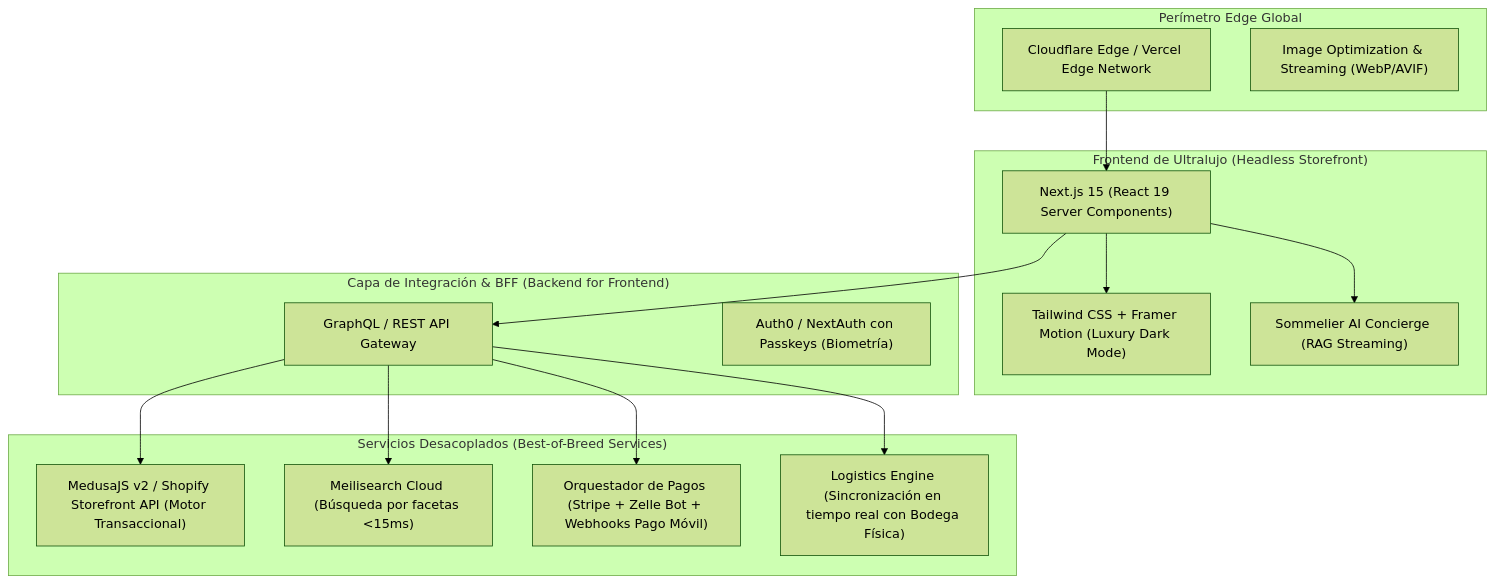
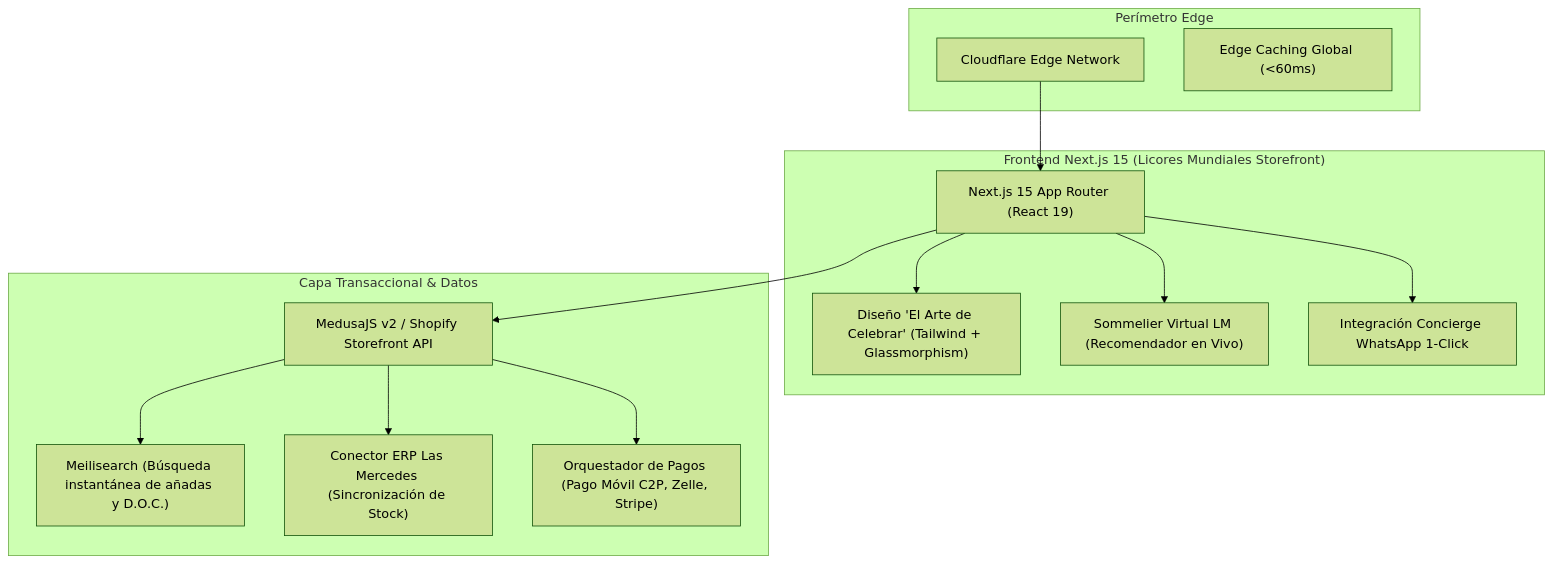
Before and after one commit to Jeralthc/bodegon-marques-ecommerce: the diagram in docs/propuesta-arquitectura-nextgen.md, drawn with Mermaid (forest theme). The commit also changed other lines of this file and 4 other files, not shown here.

Commit message:
rebrand: adapt visual identity, catalog, and messaging directly to Licores Mundiales C.A. (El Arte de Celebrar - Est. 1973 - Las Mercedes)

````diff
--- a/docs/propuesta-arquitectura-nextgen.md
+++ b/docs/propuesta-arquitectura-nextgen.md
@@ -24,34 +28,30 @@
 ```mermaid
 flowchart TD
-    subgraph "Perímetro Edge Global"
-        EDGE["Cloudflare Edge / Vercel Edge Network"]
-        CDN["Image Optimization & Streaming (WebP/AVIF)"]
+    subgraph "Perímetro Edge"
+        CDN["Cloudflare Edge Network"]
+        CACHE["Edge Caching Global (<60ms)"]
     end
 
-    subgraph "Frontend de Ultralujo (Headless Storefront)"
-        NEXT["Next.js 15 (React 19 Server Components)"]
-        UI["Tailwind CSS + Framer Motion (Luxury Dark Mode)"]
-        SOM["Sommelier AI Concierge (RAG Streaming)"]
+    subgraph "Frontend Next.js 15 (Licores Mundiales Storefront)"
+        NEXT["Next.js 15 App Router (React 19)"]
+        UI["Diseño 'El Arte de Celebrar' (Tailwind + Glassmorphism)"]
+        SOM["Sommelier Virtual LM (Recomendador en Vivo)"]
+        WHATSAPP["Integración Concierge WhatsApp 1-Click"]
     end
 
-    subgraph "Capa de Integración & BFF (Backend for Frontend)"
-        GQL["GraphQL / REST API Gateway"]
-        AUTH["Auth0 / NextAuth con Passkeys (Biometría)"]
+    subgraph "Capa Transaccional & Datos"
+        HEADLESS["MedusaJS v2 / Shopify Storefront API"]
+        SEARCH["Meilisearch (Búsqueda instantánea de añadas y D.O.C.)"]
+        ERP["Conector ERP Las Mercedes (Sincronización de Stock)"]
+        PAY["Orquestador de Pagos (Pago Móvil C2P, Zelle, Stripe)"]
     end
 
-    subgraph "Servicios Desacoplados (Best-of-Breed Services)"
-        COMMERCE["MedusaJS v2 / Shopify Storefront API (Motor Transaccional)"]
-        SEARCH["Meilisearch Cloud (Búsqueda por facetas <15ms)"]
-        FINANCE["Orquestador de Pagos (Stripe + Zelle Bot + Webhooks Pago Móvil)"]
-        STOCK["Logistics Engine (Sincronización en tiempo real con Bodega Física)"]
-    end
-
-    EDGE --> NEXT
+    CDN --> NEXT
     NEXT --> UI
     NEXT --> SOM
-    NEXT --> GQL
-    GQL --> COMMERCE
-    GQL --> SEARCH
-    GQL --> FINANCE
-    GQL --> STOCK
+    NEXT --> WHATSAPP
+    NEXT --> HEADLESS
+    HEADLESS --> SEARCH
+    HEADLESS --> ERP
+    HEADLESS --> PAY
 ```
````
